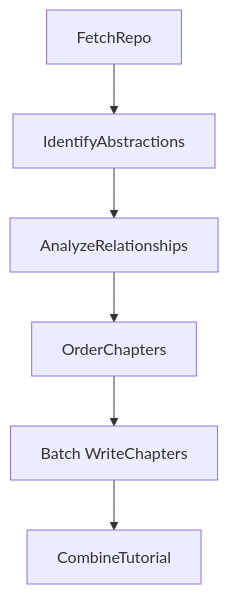
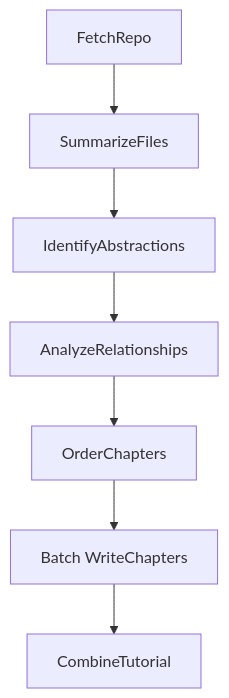
The diagram in docs/design.md (adityasoni99/Code-IQ), drawn with Mermaid before and after one commit. The commit also changed other lines of this file and 4 other files, not shown here.

````diff
--- a/docs/design.md
+++ b/docs/design.md
@@ -53,8 +45,9 @@
 ```mermaid
 flowchart TD
-    A[FetchRepo] --> B[IdentifyAbstractions];
-    B --> C[AnalyzeRelationships];
-    C --> D[OrderChapters];
-    D --> E[Batch WriteChapters];
-    E --> F[CombineTutorial];
+    A[FetchRepo] --> B[SummarizeFiles]
+    B --> C[IdentifyAbstractions]
+    C --> D[AnalyzeRelationships]
+    D --> E[OrderChapters]
+    E --> F[Batch WriteChapters]
+    F --> G[CombineTutorial]
 ```
````
